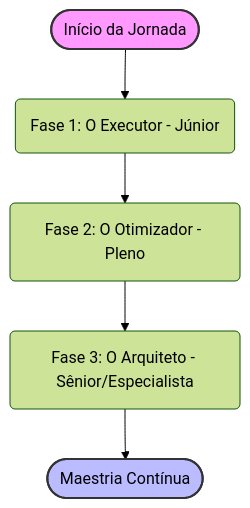
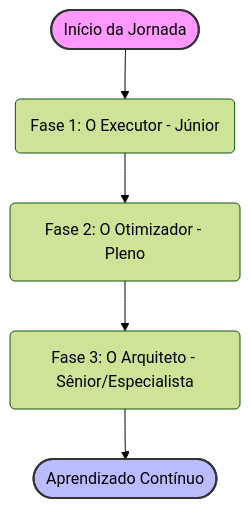
Before and after one commit to juninmd/roadmap-developer: the diagram in roadmaps/general/study-guide.md, drawn with Mermaid (forest theme). The commit also changed other lines of this file and 22 other files, not shown here.

````diff
--- a/roadmaps/general/study-guide.md
+++ b/roadmaps/general/study-guide.md
@@ -15,10 +13,10 @@
 ```mermaid
 flowchart TD
     Start([Início da Jornada]) --> JR(Fase 1: O Executor - Júnior)
     JR --> Mid(Fase 2: O Otimizador - Pleno)
     Mid --> Sr(Fase 3: O Arquiteto - Sênior/Especialista)
-    Sr --> Mastery([Maestria Contínua])
+    Sr --> Mastery([Aprendizado Contínuo])
 
     style Start fill:#f9f,stroke:#333,stroke-width:2px
     style Mastery fill:#bbf,stroke:#333,stroke-width:2px
 ```
````
